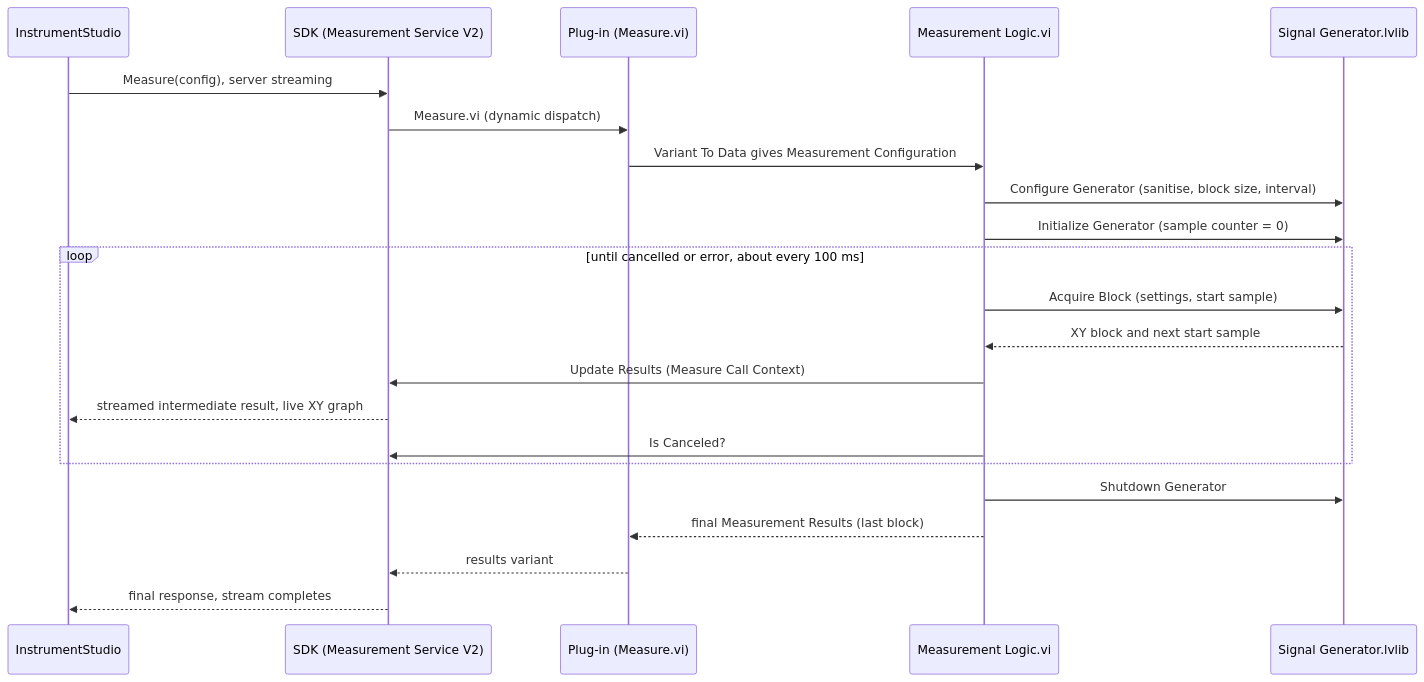
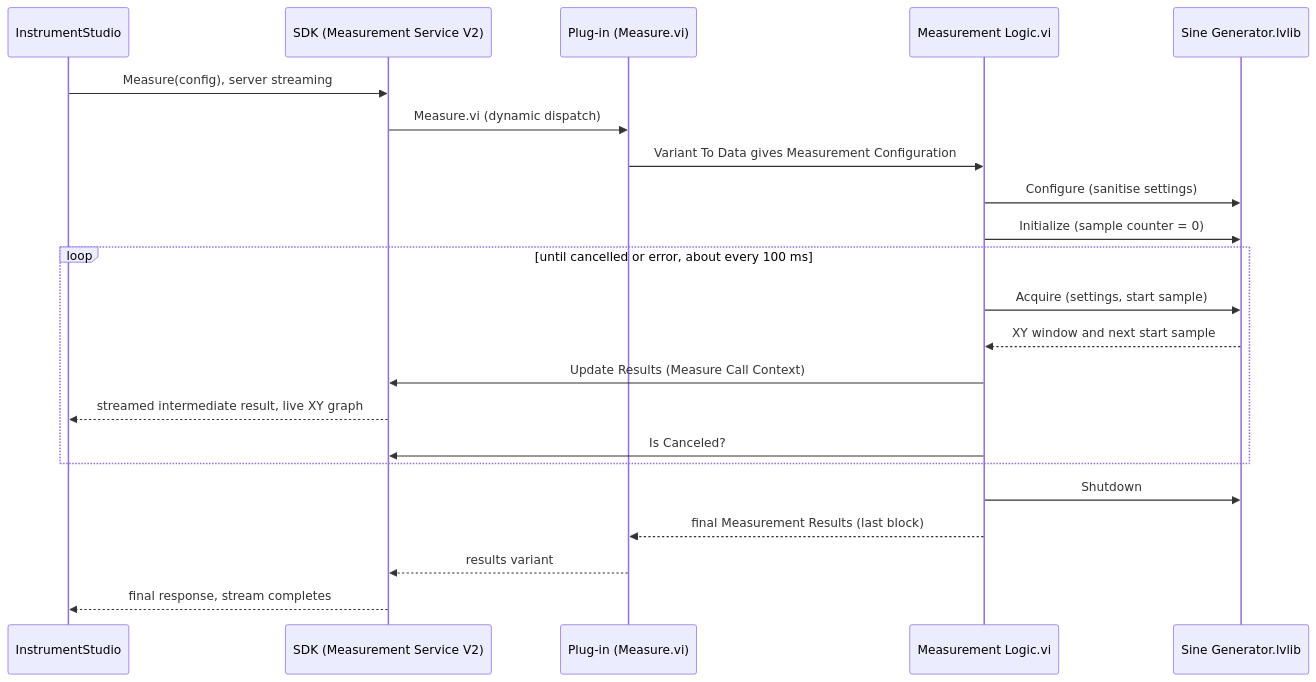
The second of 2 diagrams in docs/architecture.md (MIpetrov-NI/Signal-Simulator), drawn with Mermaid before and after one commit. The commit also changed other lines of this file and 21 other files, not shown here.

Commit message:
Sine-only generator with configurable window, default values and standard InstrumentStudio graph

````diff
--- a/docs/architecture.md
+++ b/docs/architecture.md
@@ -117,25 +119,25 @@
 ```mermaid
 sequenceDiagram
     participant IS as InstrumentStudio
     participant SDK as SDK (Measurement Service V2)
     participant PI as Plug-in (Measure.vi)
     participant ML as Measurement Logic.vi
-    participant ENG as Signal Generator.lvlib
+    participant ENG as Sine Generator.lvlib
 
     IS->>SDK: Measure(config), server streaming
     SDK->>PI: Measure.vi (dynamic dispatch)
     PI->>ML: Variant To Data gives Measurement Configuration
-    ML->>ENG: Configure Generator (sanitise, block size, interval)
-    ML->>ENG: Initialize Generator (sample counter = 0)
+    ML->>ENG: Configure (sanitise settings)
+    ML->>ENG: Initialize (sample counter = 0)
     loop until cancelled or error, about every 100 ms
-        ML->>ENG: Acquire Block (settings, start sample)
-        ENG-->>ML: XY block and next start sample
+        ML->>ENG: Acquire (settings, start sample)
+        ENG-->>ML: XY window and next start sample
         ML->>SDK: Update Results (Measure Call Context)
         SDK-->>IS: streamed intermediate result, live XY graph
         ML->>SDK: Is Canceled?
     end
-    ML->>ENG: Shutdown Generator
+    ML->>ENG: Shutdown
     ML-->>PI: final Measurement Results (last block)
     PI-->>SDK: results variant
     SDK-->>IS: final response, stream completes
 ```
````
